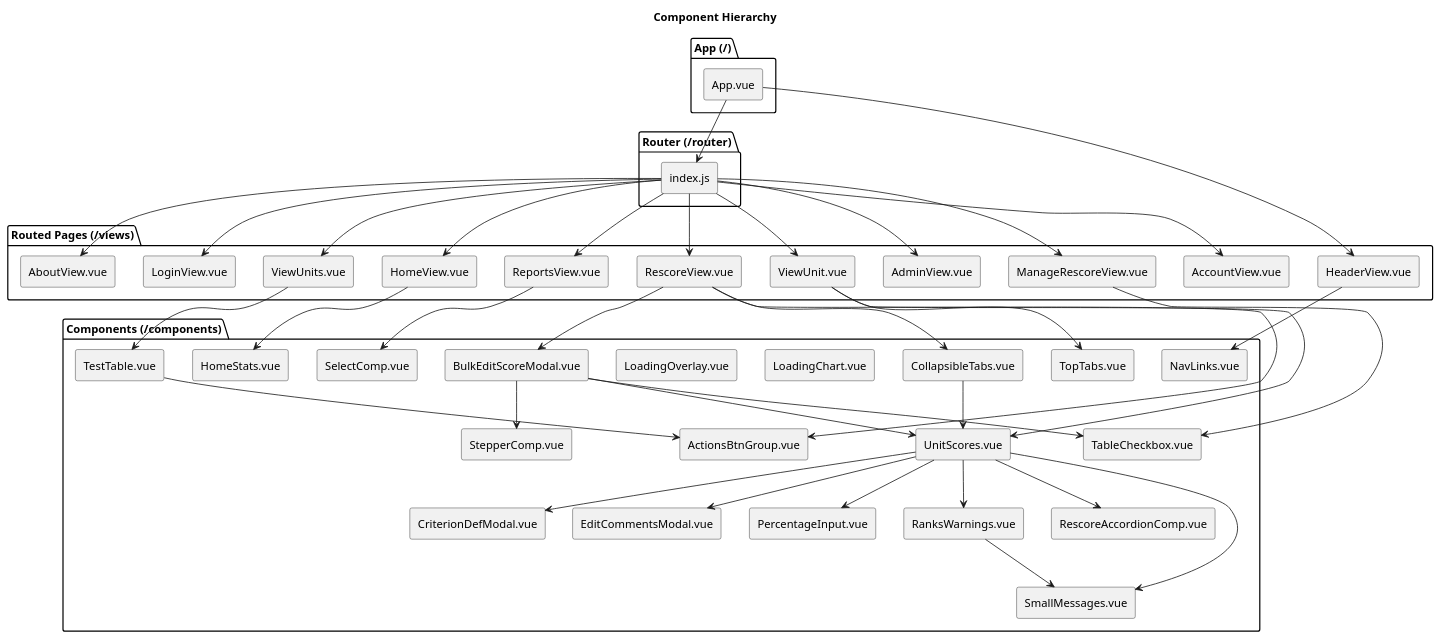
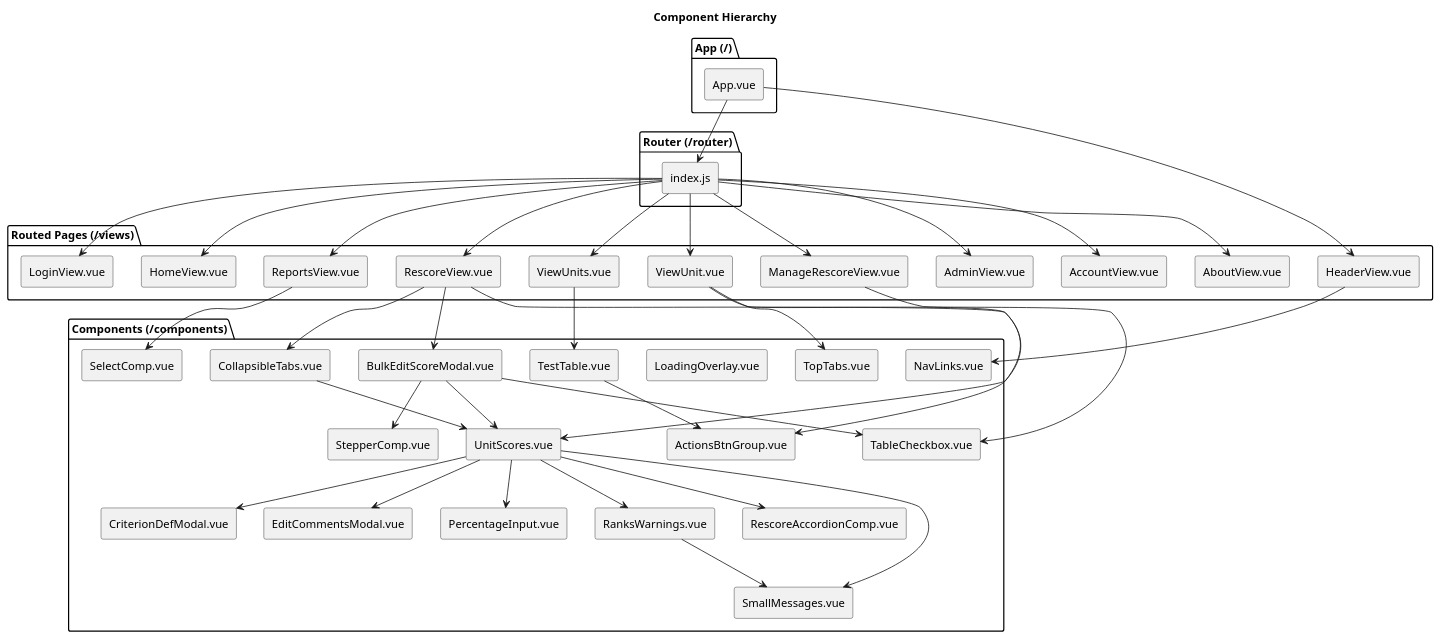
Before and after one commit to NaturalHistoryMuseum/join-the-dots-dev: the diagram in docs/diagrams/ComponentHierarchy.plantuml, drawn with PlantUML. The commit also changed 9 other files, not shown here.

```diff
--- a/docs/diagrams/ComponentHierarchy.plantuml
+++ b/docs/diagrams/ComponentHierarchy.plantuml
@@ -1,113 +1,109 @@
 @startuml component-hierarchy
 title Component Hierarchy
 
 skinparam componentStyle rectangle
 
 package "App (/)" {
 
     [App.vue]
 }
 
 package "Router (/router)" {
     [index.js]
 }
 
 package "Routed Pages (/views)" {
     [HomeView.vue]
     [LoginView.vue]
     [AboutView.vue]
     [AccountView.vue]
     [AdminView.vue]
     [HeaderView.vue]
     [ManageRescoreView.vue]
     [ReportsView.vue]
     [RescoreView.vue]
     [ViewUnit.vue]
     [ViewUnits.vue]
 }
 
 package "Components (/components)" {
     [ActionsBtnGroup.vue]
     [BulkEditScoreModal.vue]
     [CollapsibleTabs.vue]
     [CriterionDefModal.vue]
     [EditCommentsModal.vue]
-    [HomeStats.vue]
-    [LoadingChart.vue]
     [LoadingOverlay.vue]
     [NavLinks.vue]
     [PercentageInput.vue]
     [RanksWarnings.vue]
     [RescoreAccordionComp.vue]
     [SelectComp.vue]
     [SmallMessages.vue]
     [StepperComp.vue]
     [TableCheckbox.vue]
     [TestTable.vue]
     [TopTabs.vue]
     [UnitScores.vue]
 }
 
 /'package "Services (/services)" {'/
 /'    [authService.js]'/
 /'    [dataService.js]'/
 /'    [statsService.js]'/
 /'    [userService.js]'/
 /'}'/
 
 ' App Routing hierarchy
 [App.vue] --> [index.js]
 [App.vue] --> [HeaderView.vue]
 [index.js] --> [HomeView.vue]
 [index.js] --> [LoginView.vue]
 [index.js] --> [AboutView.vue]
 [index.js] --> [AccountView.vue]
 [index.js] --> [AdminView.vue]
 [index.js] --> [ManageRescoreView.vue]
 [index.js] --> [ReportsView.vue]
 [index.js] --> [RescoreView.vue]
 [index.js] --> [ViewUnit.vue]
 [index.js] --> [ViewUnits.vue]
 
 
 ' Page Component hierarchy
 [RescoreView.vue] --> [ActionsBtnGroup.vue]
 [RescoreView.vue] --> [BulkEditScoreModal.vue]
 [RescoreView.vue] --> [CollapsibleTabs.vue]
 
 [ManageRescoreView.vue] --> [TableCheckbox.vue]
 
 
-[HomeView.vue] --> [HomeStats.vue]
-
 [HeaderView.vue] --> [NavLinks.vue]
 
 [ReportsView.vue] --> [SelectComp.vue]
 
 [ViewUnit.vue] --> [TopTabs.vue]
 [ViewUnit.vue] --> [UnitScores.vue]
 
 [ViewUnits.vue] --> [TestTable.vue]
 
 ' Sub Component hierarchy
 
 [BulkEditScoreModal.vue] --> [StepperComp.vue]
 [BulkEditScoreModal.vue] --> [TableCheckbox.vue]
 [BulkEditScoreModal.vue] --> [UnitScores.vue]
 
 [CollapsibleTabs.vue] --> [UnitScores.vue]
 
 [RanksWarnings.vue] --> [SmallMessages.vue]
 
 [TestTable.vue] --> [ActionsBtnGroup.vue]
 
 [UnitScores.vue] --> [RescoreAccordionComp.vue]
 [UnitScores.vue] --> [CriterionDefModal.vue]
 [UnitScores.vue] --> [EditCommentsModal.vue]
 [UnitScores.vue] --> [PercentageInput.vue]
 [UnitScores.vue] --> [RanksWarnings.vue]
 [UnitScores.vue] --> [SmallMessages.vue]
 
 
 
 @enduml
```
